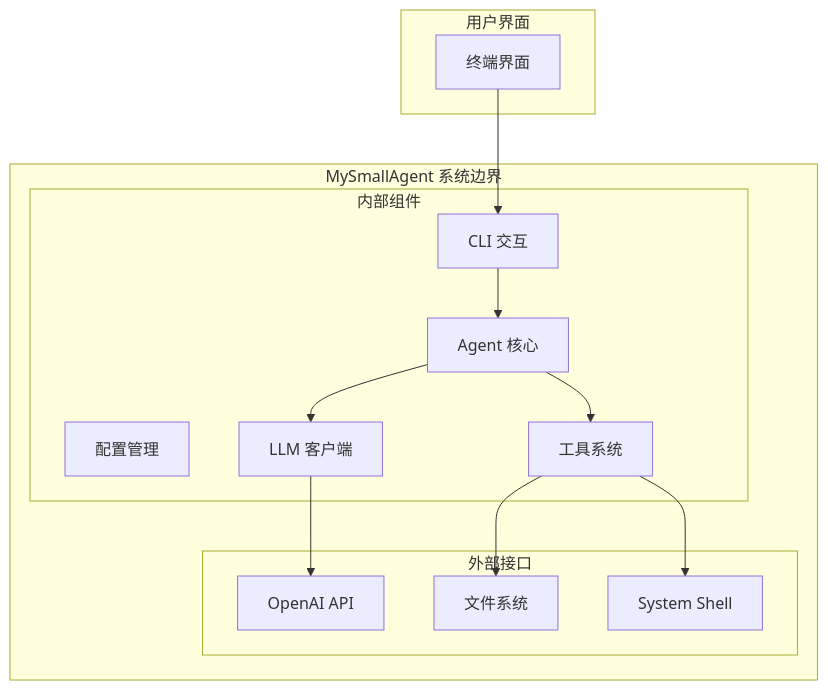
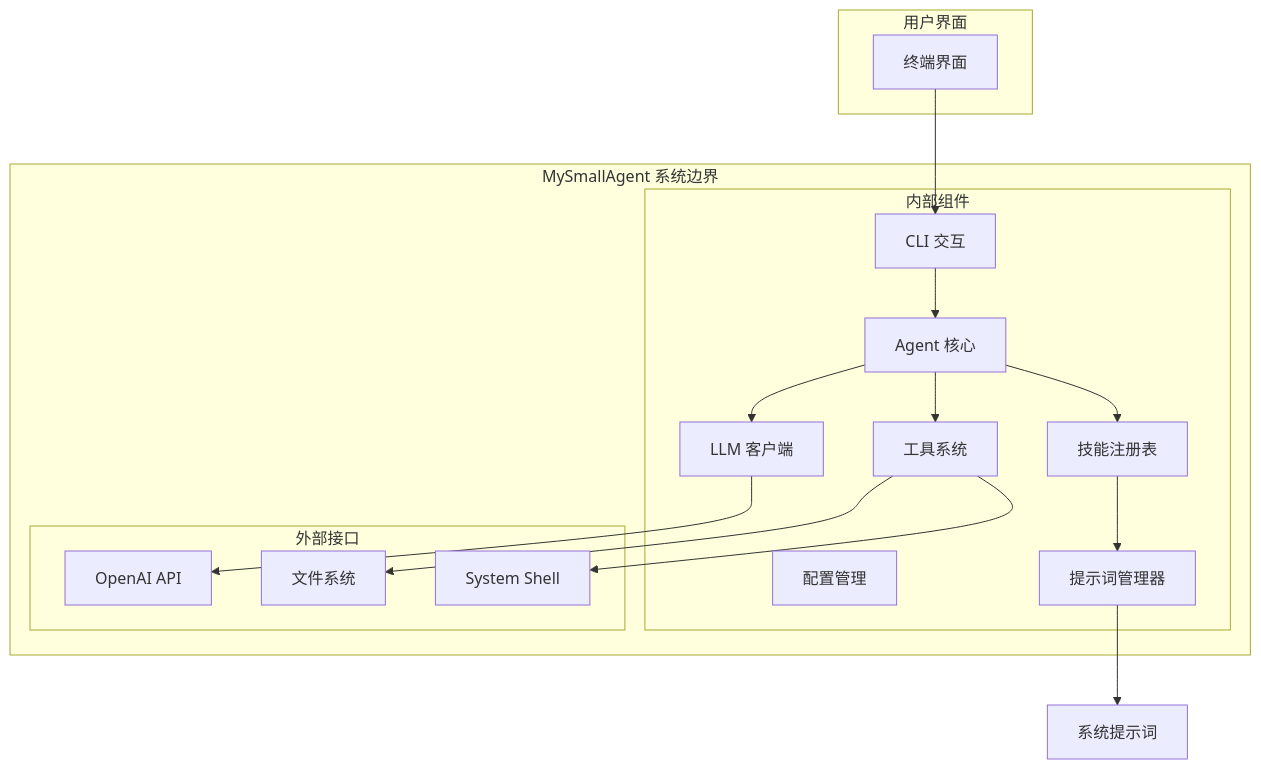
The seventh of 15 diagrams in .qoder/repowiki/zh/content/架构设计/架构设计.md (250shiwo/MySmallAgent), drawn with Mermaid before and after one commit. The commit also changed other lines of this file and 28 other files, not shown here.

````diff
--- a/.qoder/repowiki/zh/content/架构设计/架构设计.md
+++ b/.qoder/repowiki/zh/content/架构设计/架构设计.md
@@ -220,27 +309,32 @@
 ```mermaid
 graph TB
 subgraph "MySmallAgent 系统边界"
 subgraph "内部组件"
 Config[配置管理]
 LLM[LLM 客户端]
 Agent[Agent 核心]
+SkillRegistry[技能注册表]
+PromptManager[提示词管理器]
 Tools[工具系统]
 CLI[CLI 交互]
 end
 subgraph "外部接口"
 OpenAI[OpenAI API]
 FS[文件系统]
 Shell[System Shell]
 end
 end
 subgraph "用户界面"
 Terminal[终端界面]
 end
 Terminal --> CLI
 CLI --> Agent
 Agent --> LLM
 Agent --> Tools
+Agent --> SkillRegistry
+SkillRegistry --> PromptManager
+PromptManager --> SystemPrompt[系统提示词]
 Tools --> FS
 Tools --> Shell
 LLM --> OpenAI
 ```
````
